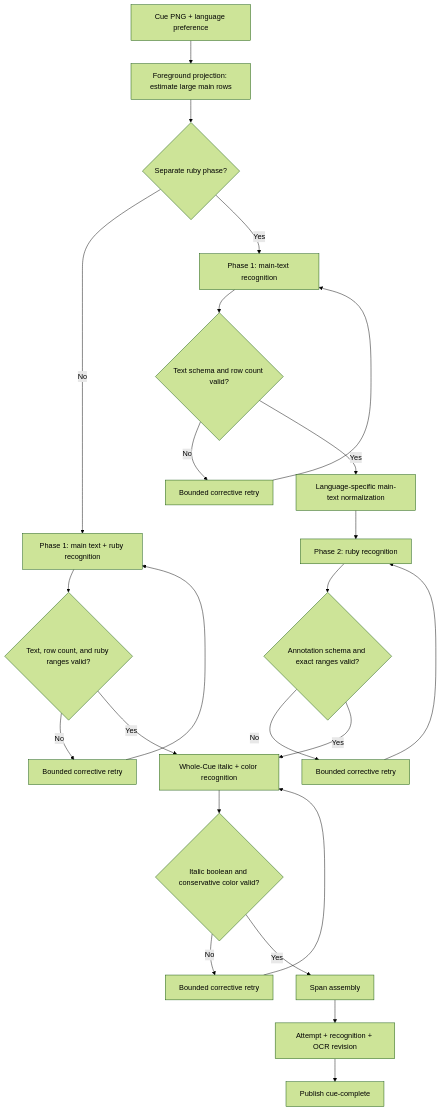
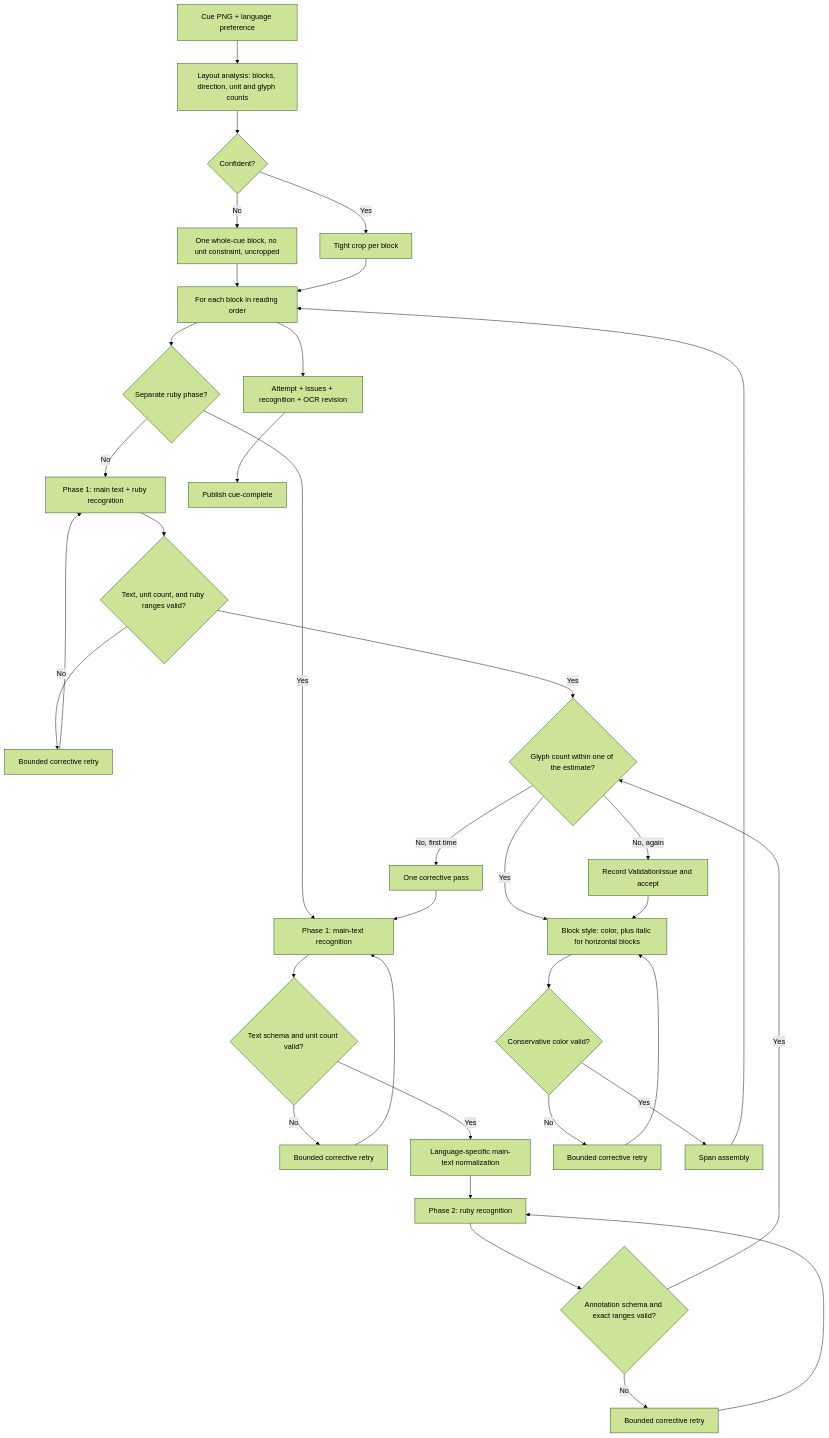
Before and after one commit to everettielle/RosettaCue: diagram 11 of 18 in docs/specification.md, drawn with Mermaid (forest theme). The commit also changed other lines of this file and 1 other file, not shown here.

First line of the commit message:
docs: specify the block model and the schema-2 break

````diff
--- a/docs/specification.md
+++ b/docs/specification.md
@@ -701,22 +759,32 @@
 ```mermaid
 flowchart TD
-  Input["Cue PNG + language preference"] --> Rows["Foreground projection: estimate large main rows"]
-  Rows --> Mode{"Separate ruby phase?"}
+  Input["Cue PNG + language preference"] --> Analyze["Layout analysis: blocks, direction, unit and glyph counts"]
+  Analyze --> Confident{"Confident?"}
+  Confident -->|No| Whole["One whole-cue block, no unit constraint, uncropped"]
+  Confident -->|Yes| Crop["Tight crop per block"]
+  Whole --> Loop
+  Crop --> Loop["For each block in reading order"]
+  Loop --> Mode{"Separate ruby phase?"}
   Mode -->|No| Combined["Phase 1: main text + ruby recognition"]
-  Combined --> ValidateCombined{"Text, row count, and ruby ranges valid?"}
+  Combined --> ValidateCombined{"Text, unit count, and ruby ranges valid?"}
   ValidateCombined -->|No| RetryCombined["Bounded corrective retry"] --> Combined
   Mode -->|Yes| Main["Phase 1: main-text recognition"]
-  Main --> ValidateMain{"Text schema and row count valid?"}
+  Main --> ValidateMain{"Text schema and unit count valid?"}
   ValidateMain -->|No| RetryMain["Bounded corrective retry"] --> Main
   ValidateMain -->|Yes| Canonical["Language-specific main-text normalization"]
   Canonical --> Ruby["Phase 2: ruby recognition"]
   Ruby --> ValidateRuby{"Annotation schema and exact ranges valid?"}
   ValidateRuby -->|No| RetryRuby["Bounded corrective retry"] --> Ruby
-  ValidateCombined -->|Yes| Style["Whole-Cue italic + color recognition"]
-  ValidateRuby -->|Yes| Style
-  Style --> ValidateStyle{"Italic boolean and conservative color valid?"}
+  ValidateCombined -->|Yes| Pitch
+  ValidateRuby -->|Yes| Pitch{"Glyph count within one of the estimate?"}
+  Pitch -->|"No, first time"| Hint["One corrective pass"] --> Main
+  Pitch -->|"No, again"| Flag["Record ValidationIssue and accept"]
+  Pitch -->|Yes| Style
+  Flag --> Style["Block style: color, plus italic for horizontal blocks"]
+  Style --> ValidateStyle{"Conservative color valid?"}
   ValidateStyle -->|No| RetryStyle["Bounded corrective retry"] --> Style
   ValidateStyle -->|Yes| Normalize["Span assembly"]
-  Normalize --> Persist["Attempt + recognition + OCR revision"]
+  Normalize --> Loop
+  Loop --> Persist["Attempt + issues + recognition + OCR revision"]
   Persist --> Event["Publish cue-complete"]
 ```
````
